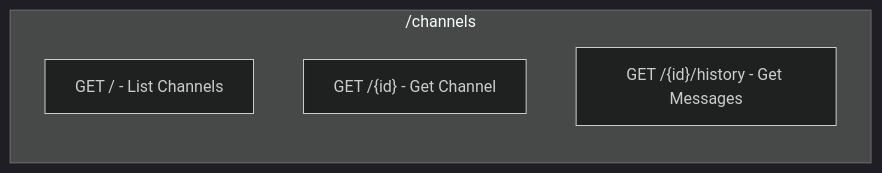
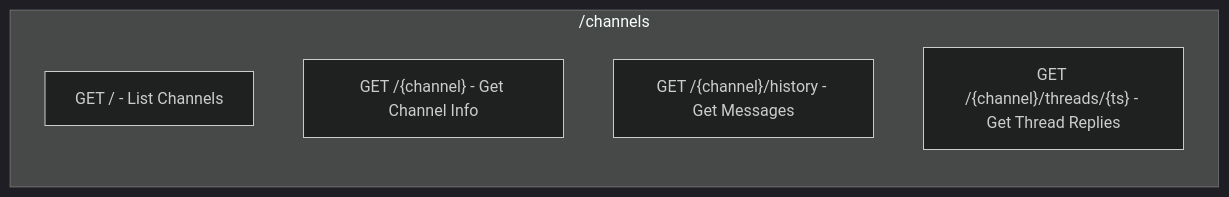
One commit to rom-orlovich/groote-ai changed the fourth of 9 diagrams in api-services/slack-api/docs/ARCHITECTURE.md. Above: the diagram before and after it, drawn with Mermaid (dark theme). The commit also changed other lines of this file and 99 other files, not shown here.

Commit message:
feat: Add comprehensive documentation for service features, architecture, and flows, and introduce a Claude skill for documentation synchronization.

````diff
--- a/api-services/slack-api/docs/ARCHITECTURE.md
+++ b/api-services/slack-api/docs/ARCHITECTURE.md
@@ -90,8 +89,9 @@
 ```mermaid
 graph LR
     subgraph Channels["/channels"]
         C1["GET / - List Channels"]
-        C2["GET /{id} - Get Channel"]
-        C3["GET /{id}/history - Get Messages"]
+        C2["GET /{channel} - Get Channel Info"]
+        C3["GET /{channel}/history - Get Messages"]
+        C4["GET /{channel}/threads/{ts} - Get Thread Replies"]
     end
 ```
````
